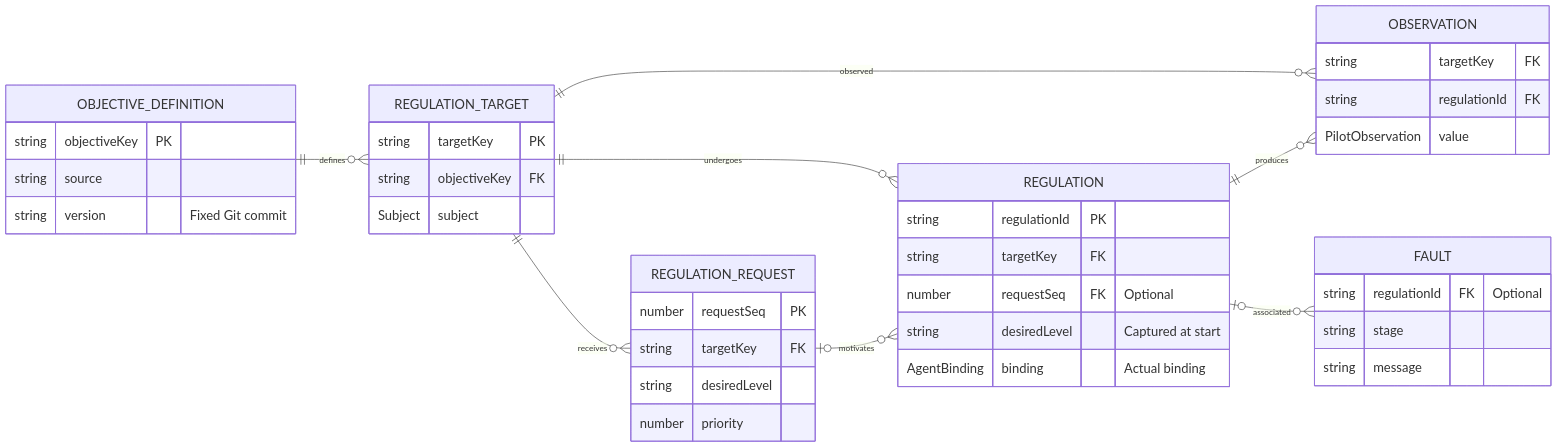
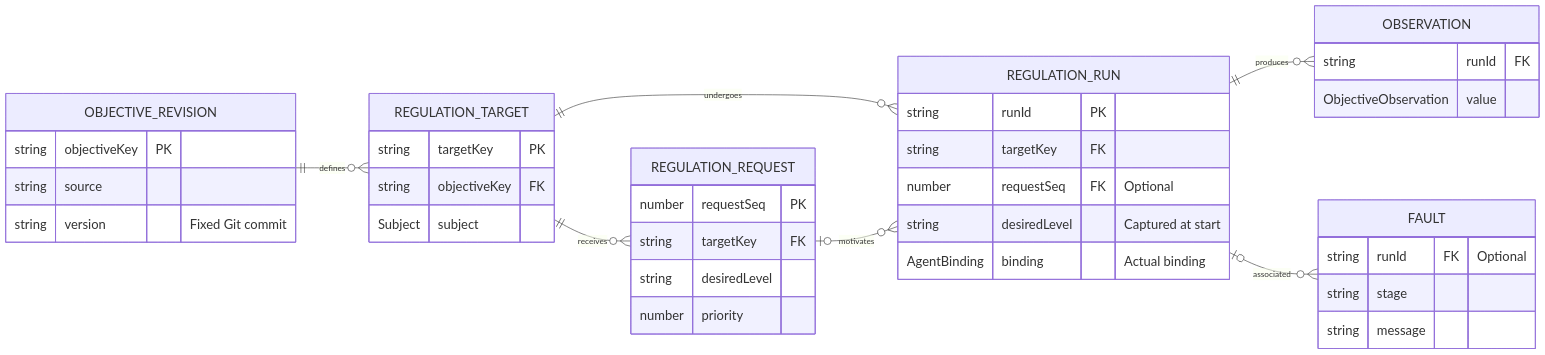
Before and after one commit to shazhou-ww/potential-guide: the first of 5 diagrams in .silvermoon/ideas/01M5E7N9F5Y0ZN1SYKDFYEVA20/outer/inner/ideal/Diagrams.md, drawn with Mermaid. The commit also changed other lines of this file and 8 other files, not shown here.

Commit message:
docs: clarify coordinator entities and unify intent-state diagrams

````diff
--- a/.silvermoon/ideas/01M5E7N9F5Y0ZN1SYKDFYEVA20/outer/inner/ideal/Diagrams.md
+++ b/.silvermoon/ideas/01M5E7N9F5Y0ZN1SYKDFYEVA20/outer/inner/ideal/Diagrams.md
@@ -27,56 +29,54 @@
 ```mermaid
 ---
 config:
   fontFamily: Arial, Helvetica, sans-serif
   themeVariables:
     fontFamily: Arial, Helvetica, sans-serif
     fontSize: 22px
   er:
     minEntityWidth: 280
     entityPadding: 24
     diagramPadding: 24
 ---
 erDiagram
     direction LR
-    OBJECTIVE_DEFINITION ||--o{ REGULATION_TARGET : defines
+    OBJECTIVE_REVISION ||--o{ REGULATION_TARGET : defines
     REGULATION_TARGET ||--o{ REGULATION_REQUEST : receives
-    REGULATION_TARGET ||--o{ REGULATION : undergoes
-    REGULATION_REQUEST o|--o{ REGULATION : motivates
-    REGULATION_TARGET ||--o{ OBSERVATION : observed
-    REGULATION ||--o{ OBSERVATION : produces
-    REGULATION o|--o{ FAULT : associated
+    REGULATION_TARGET ||--o{ REGULATION_RUN : undergoes
+    REGULATION_REQUEST o|--o{ REGULATION_RUN : motivates
+    REGULATION_RUN ||--o{ OBSERVATION : produces
+    REGULATION_RUN o|--o{ FAULT : associated
 
-    OBJECTIVE_DEFINITION {
+    OBJECTIVE_REVISION {
         string objectiveKey PK
         string source
         string version "Fixed Git commit"
     }
     REGULATION_TARGET {
         string targetKey PK
         string objectiveKey FK
         Subject subject
     }
     REGULATION_REQUEST {
         number requestSeq PK
         string targetKey FK
         string desiredLevel
         number priority
     }
-    REGULATION {
-        string regulationId PK
+    REGULATION_RUN {
+        string runId PK
         string targetKey FK
         number requestSeq FK "Optional"
         string desiredLevel "Captured at start"
         AgentBinding binding "Actual binding"
     }
     OBSERVATION {
-        string targetKey FK
-        string regulationId FK
-        PilotObservation value
+        string runId FK
+        ObjectiveObservation value
     }
     FAULT {
-        string regulationId FK "Optional"
+        string runId FK "Optional"
         string stage
         string message
     }
 ```
````
